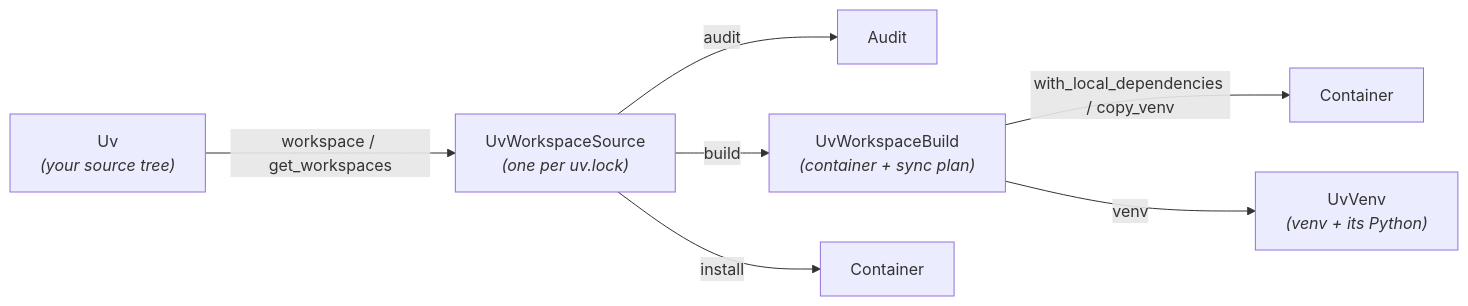
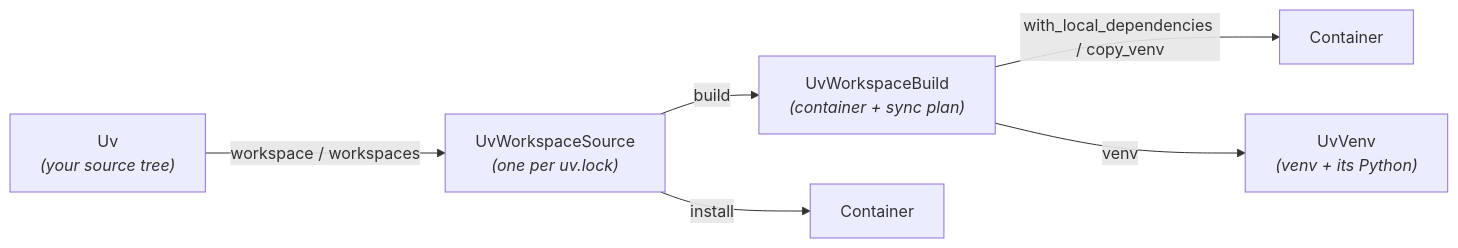
Before and after one commit to typesafe-ai/daggerverse: the diagram in uv/docs/building.md, drawn with Mermaid. The commit also changed other lines of this file and 25 other files, not shown here.

````diff
--- a/uv/docs/building.md
+++ b/uv/docs/building.md
@@ -24,9 +24,8 @@
     ```mermaid
     graph LR
-      Uv["Uv<br/><i>(your source tree)</i>"] -->|workspace / get_workspaces| WS["UvWorkspaceSource<br/><i>(one per uv.lock)</i>"]
-      WS -->|audit| A["Audit"]
+      Uv["Uv<br/><i>(your source tree)</i>"] -->|workspace / workspaces| WS["UvWorkspaceSource<br/><i>(one per uv.lock)</i>"]
       WS -->|build| B["UvWorkspaceBuild<br/><i>(container + sync plan)</i>"]
       WS -->|install| C1["Container"]
       B -->|with_local_dependencies / copy_venv| C2["Container"]
       B -->|venv| V["UvVenv<br/><i>(venv + its Python)</i>"]
     ```
````
